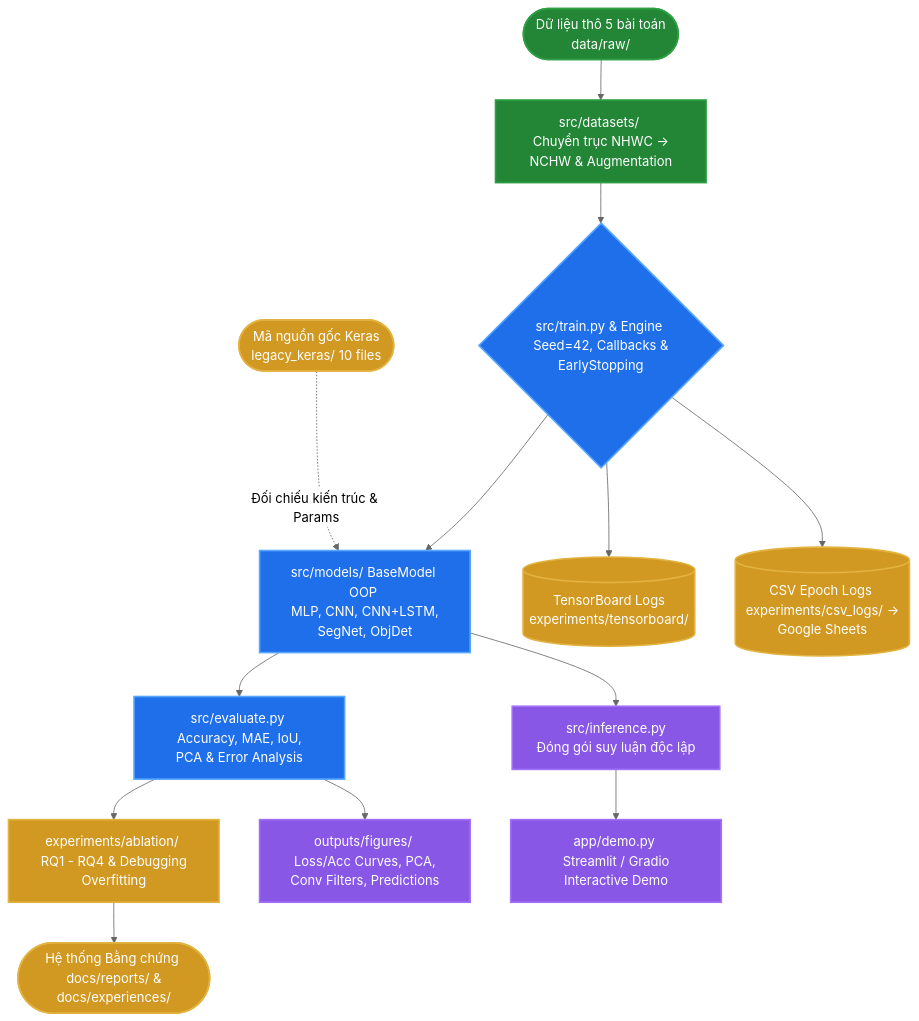
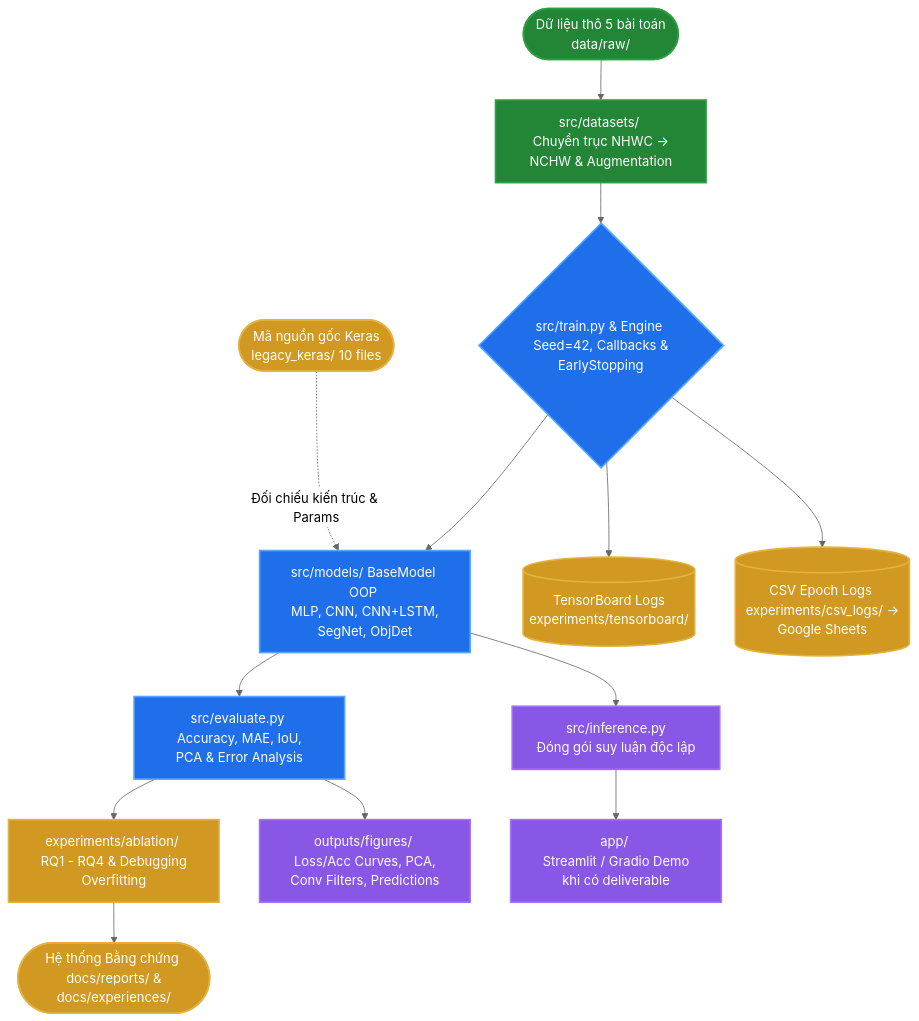
One commit to Duy-DS/Deep_Learning_Group changed the diagram in BTL03/AGENTS.md. Above: the diagram before and after it, drawn with Mermaid (neutral theme). The commit also changed other lines of this file and 59 other files, not shown here.

````diff
--- a/BTL03/AGENTS.md
+++ b/BTL03/AGENTS.md
@@ -66,30 +66,30 @@
 ```mermaid
 graph TD
     LegacyKeras([Mã nguồn gốc Keras <br> legacy_keras/ 10 files]) -.->|Đối chiếu kiến trúc & Params| Models
     RawData([Dữ liệu thô 5 bài toán <br> data/raw/]) --> Datasets[src/datasets/ <br> Chuyển trục NHWC -> NCHW & Augmentation]
 
     Datasets --> Trainer{src/train.py & Engine <br> Seed=42, Callbacks & EarlyStopping}
 
     Trainer --> Models[src/models/ BaseModel OOP <br> MLP, CNN, CNN+LSTM, SegNet, ObjDet]
 
     Models --> Eval[src/evaluate.py <br> Accuracy, MAE, IoU, PCA & Error Analysis]
 
     Eval --> Ablation[experiments/ablation/ <br> RQ1 - RQ4 & Debugging Overfitting]
     Eval --> Visuals[outputs/figures/ <br> Loss/Acc Curves, PCA, Conv Filters, Predictions]
 
     Trainer --> TB[(TensorBoard Logs <br> experiments/tensorboard/)]
     Trainer --> CSV[(CSV Epoch Logs <br> experiments/csv_logs/ -> Google Sheets)]
 
     Ablation --> EvidenceLogs([Hệ thống Bằng chứng <br> docs/reports/ & docs/experiences/])
     Models --> Inference[src/inference.py <br> Đóng gói suy luận độc lập]
-    Inference --> WebApp[app/demo.py <br> Streamlit / Gradio Interactive Demo]
+    Inference --> WebApp[app/ <br> Streamlit / Gradio Demo khi có deliverable]
 
     classDef data fill:#238636,stroke:#2ea043,stroke-width:2px,color:#fff;
     classDef model fill:#1f6feb,stroke:#58a6ff,stroke-width:2px,color:#fff;
     classDef xai fill:#8957e5,stroke:#a371f7,stroke-width:2px,color:#fff;
     classDef doc fill:#d29922,stroke:#e3b341,stroke-width:2px,color:#fff;
     class RawData,Datasets data;
     class Trainer,Models,Eval model;
     class Visuals,Inference,WebApp xai;
     class LegacyKeras,Ablation,TB,CSV,EvidenceLogs doc;
 ```
````
